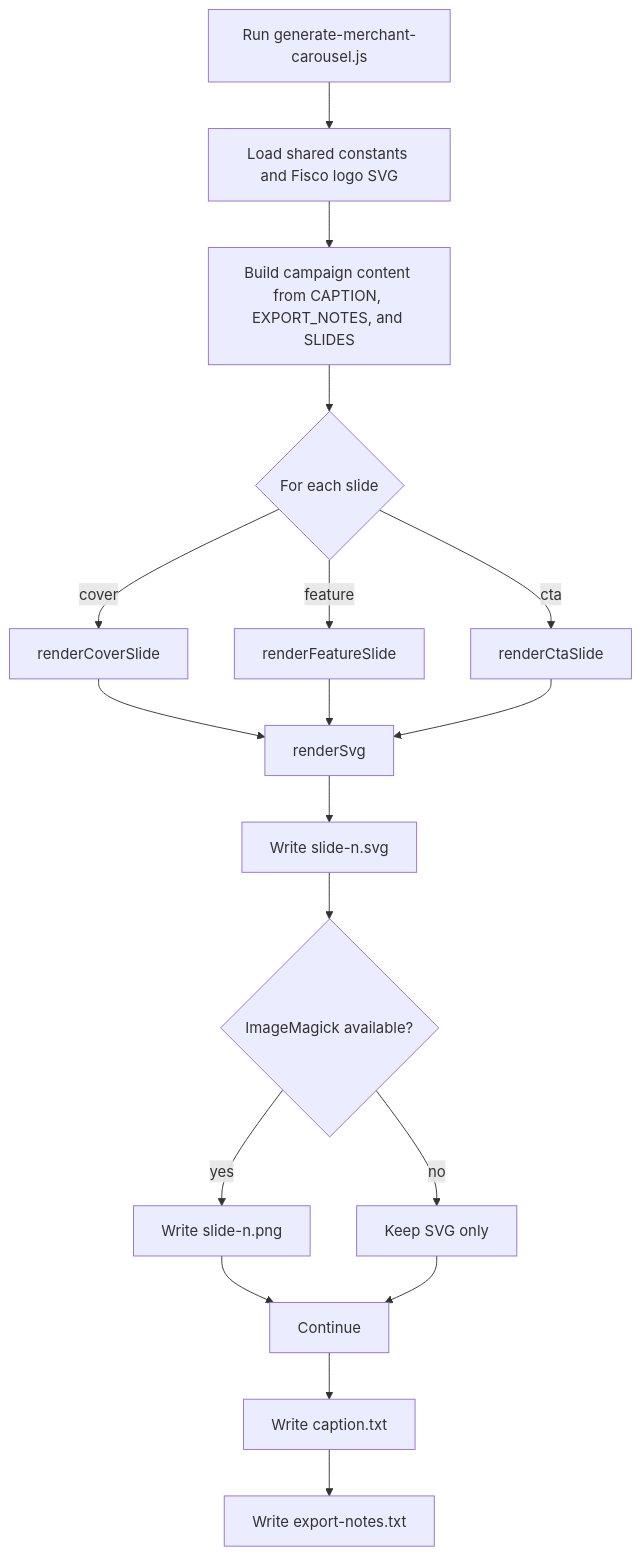
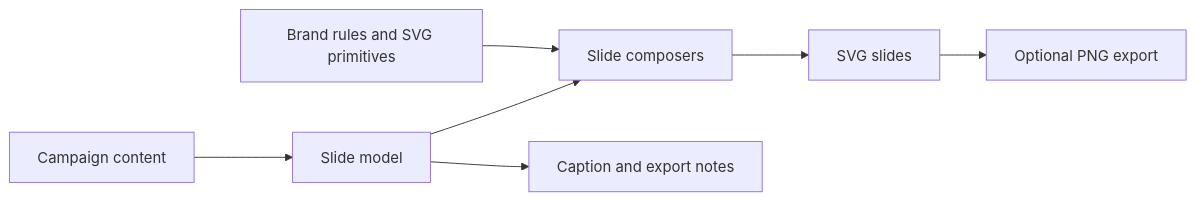
The first of 6 diagrams in docs/fisco_merchant_carousel_generator.md (Youngestdev/blog), drawn with Mermaid before and after one commit. The commit also changed other lines of this file, not shown here.

````diff
--- a/docs/fisco_merchant_carousel_generator.md
+++ b/docs/fisco_merchant_carousel_generator.md
@@ -53,20 +55,9 @@
 ```mermaid
-flowchart TD
-    A[Run generate-merchant-carousel.js] --> B[Load shared constants and Fisco logo SVG]
-    B --> C[Build campaign content from CAPTION, EXPORT_NOTES, and SLIDES]
-    C --> D{For each slide}
-    D -->|cover| E[renderCoverSlide]
-    D -->|feature| F[renderFeatureSlide]
-    D -->|cta| G[renderCtaSlide]
-    E --> H[renderSvg]
-    F --> H
-    G --> H
-    H --> I[Write slide-n.svg]
-    I --> J{ImageMagick available?}
-    J -->|yes| K[Write slide-n.png]
-    J -->|no| L[Keep SVG only]
-    K --> M[Continue]
-    L --> M
-    M --> N[Write caption.txt]
-    N --> O[Write export-notes.txt]
+flowchart LR
+    A[Campaign content] --> B[Slide model]
+    C[Brand rules and SVG primitives] --> D[Slide composers]
+    B --> D
+    D --> E[SVG slides]
+    E --> F[Optional PNG export]
+    B --> G[Caption and export notes]
 ```
````
